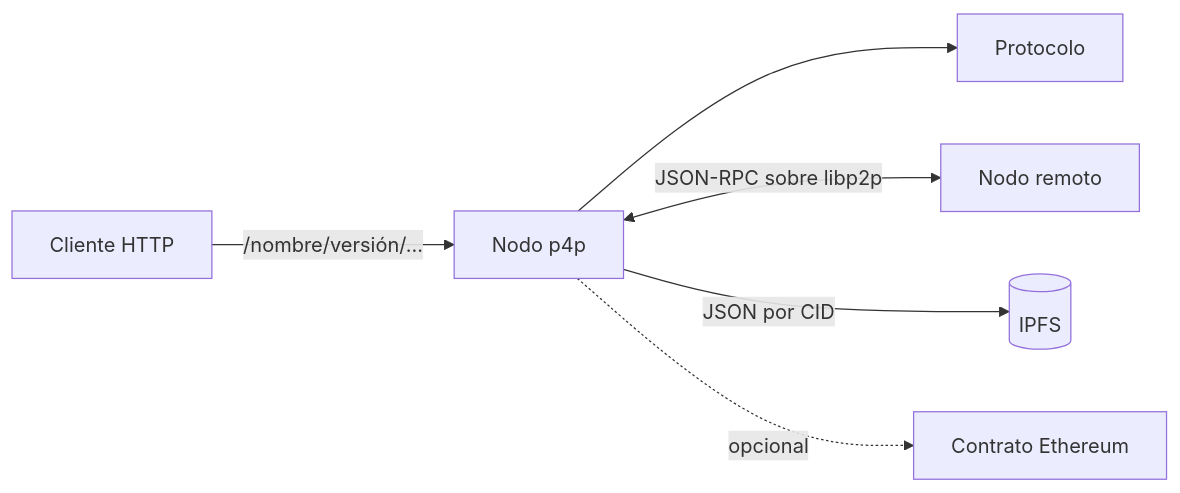
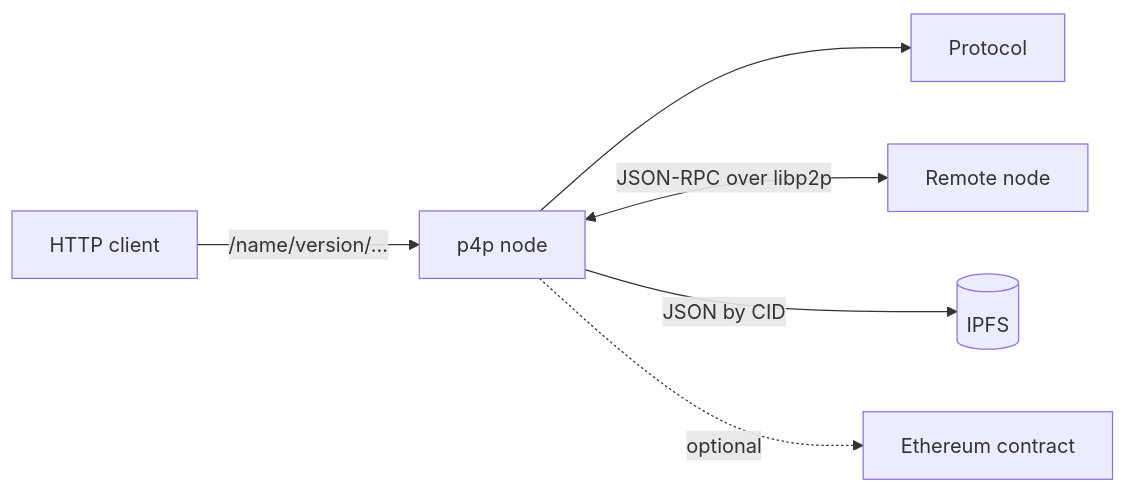
Before and after one commit to CTorresDex/p4p: the diagram in README.md, drawn with Mermaid. The commit also changed other lines of this file, not shown here.

````diff
--- a/README.md
+++ b/README.md
@@ -5,8 +5,8 @@
 ```mermaid
 flowchart LR
-    C[Cliente HTTP] -->|/nombre/versión/...| N[Nodo p4p]
-    N --> P[Protocolo]
-    N <-->|JSON-RPC sobre libp2p| R[Nodo remoto]
-    N -->|JSON por CID| I[(IPFS)]
-    N -.->|opcional| E[Contrato Ethereum]
+    C[HTTP client] -->|/name/version/...| N[p4p node]
+    N --> P[Protocol]
+    N <-->|JSON-RPC over libp2p| R[Remote node]
+    N -->|JSON by CID| I[(IPFS)]
+    N -.->|optional| E[Ethereum contract]
 ```
````
